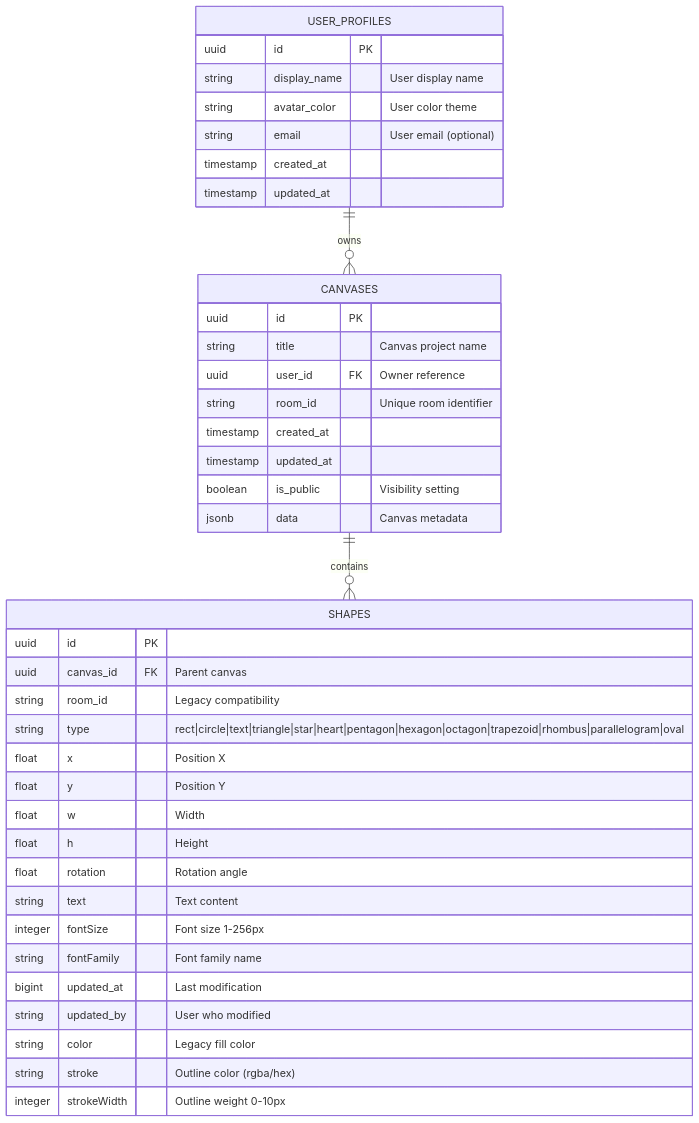
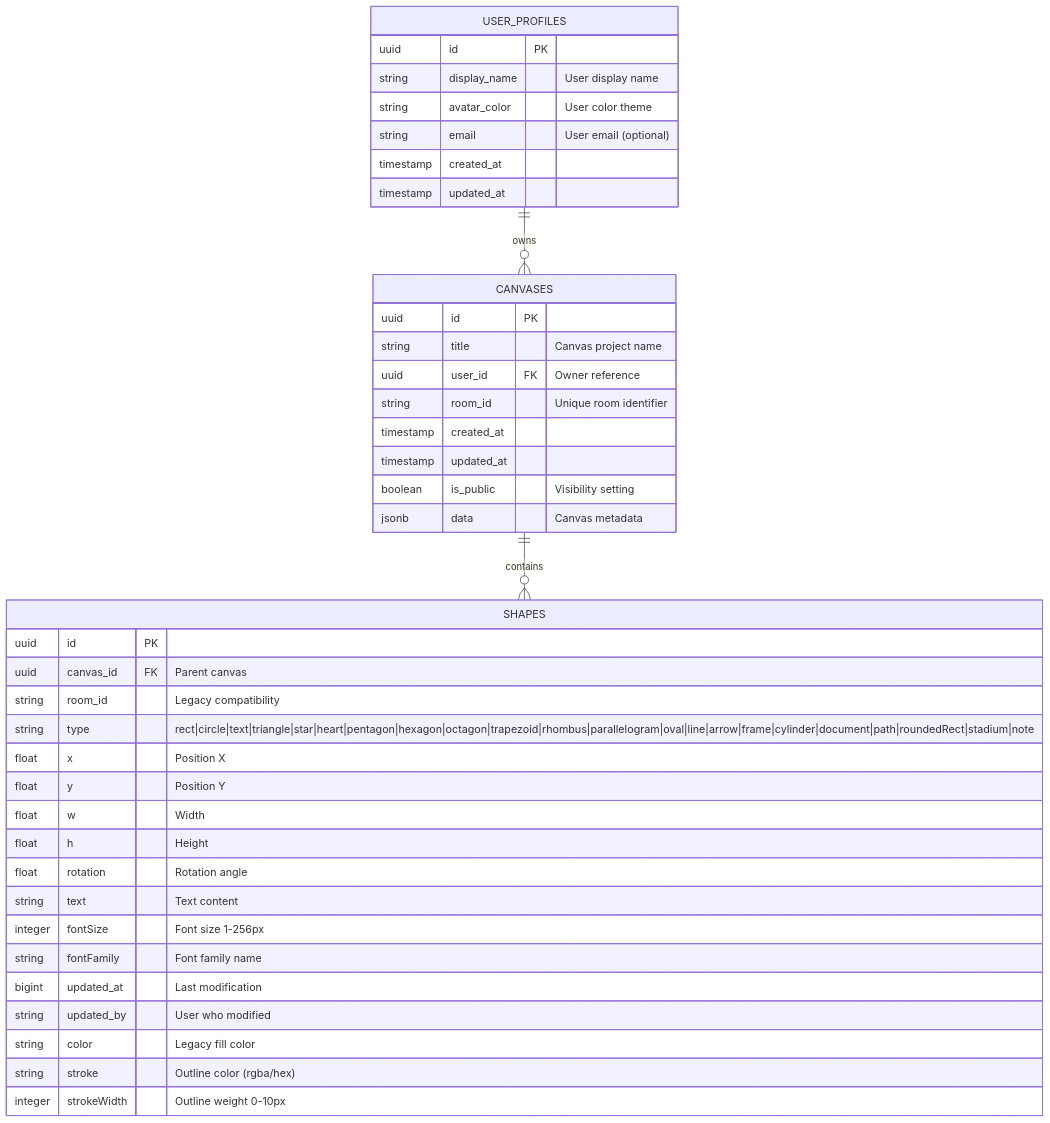
One commit to mdayku/collabcanvas changed the seventh of 17 diagrams in architecture_mermaid.md. Above: the diagram before and after it, drawn with Mermaid. The commit also changed other lines of this file and 5 other files, not shown here.

````diff
--- a/architecture_mermaid.md
+++ b/architecture_mermaid.md
@@ -277,46 +277,46 @@
 ```mermaid
 erDiagram
   CANVASES ||--o{ SHAPES : contains
   USER_PROFILES ||--o{ CANVASES : owns
   
   CANVASES {
     uuid id PK
     string title "Canvas project name"
     uuid user_id FK "Owner reference"
     string room_id "Unique room identifier"
     timestamp created_at
     timestamp updated_at
     boolean is_public "Visibility setting"
     jsonb data "Canvas metadata"
   }
   
   SHAPES {
     uuid id PK
     uuid canvas_id FK "Parent canvas"
     string room_id "Legacy compatibility"
-    string type "rect|circle|text|triangle|star|heart|pentagon|hexagon|octagon|trapezoid|rhombus|parallelogram|oval"
+    string type "rect|circle|text|triangle|star|heart|pentagon|hexagon|octagon|trapezoid|rhombus|parallelogram|oval|line|arrow|frame|cylinder|document|path|roundedRect|stadium|note"
     float x "Position X"
     float y "Position Y" 
     float w "Width"
     float h "Height"
     float rotation "Rotation angle"
     string text "Text content"
     integer fontSize "Font size 1-256px"
     string fontFamily "Font family name"
     bigint updated_at "Last modification"
     string updated_by "User who modified"
     
     string color "Legacy fill color"
     string stroke "Outline color (rgba/hex)"
     integer strokeWidth "Outline weight 0-10px"
   }
   
   USER_PROFILES {
     uuid id PK
     string display_name "User display name"
     string avatar_color "User color theme"
     string email "User email (optional)"
     timestamp created_at
     timestamp updated_at
   }
 ```
````
